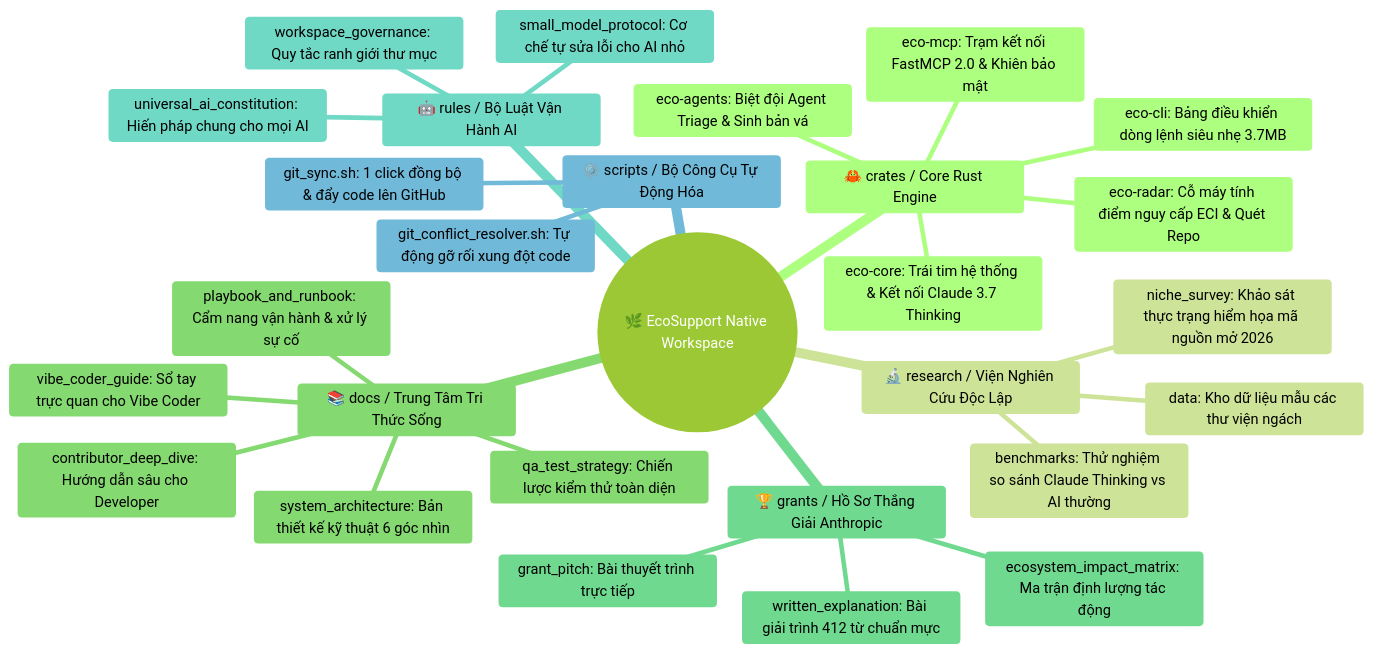
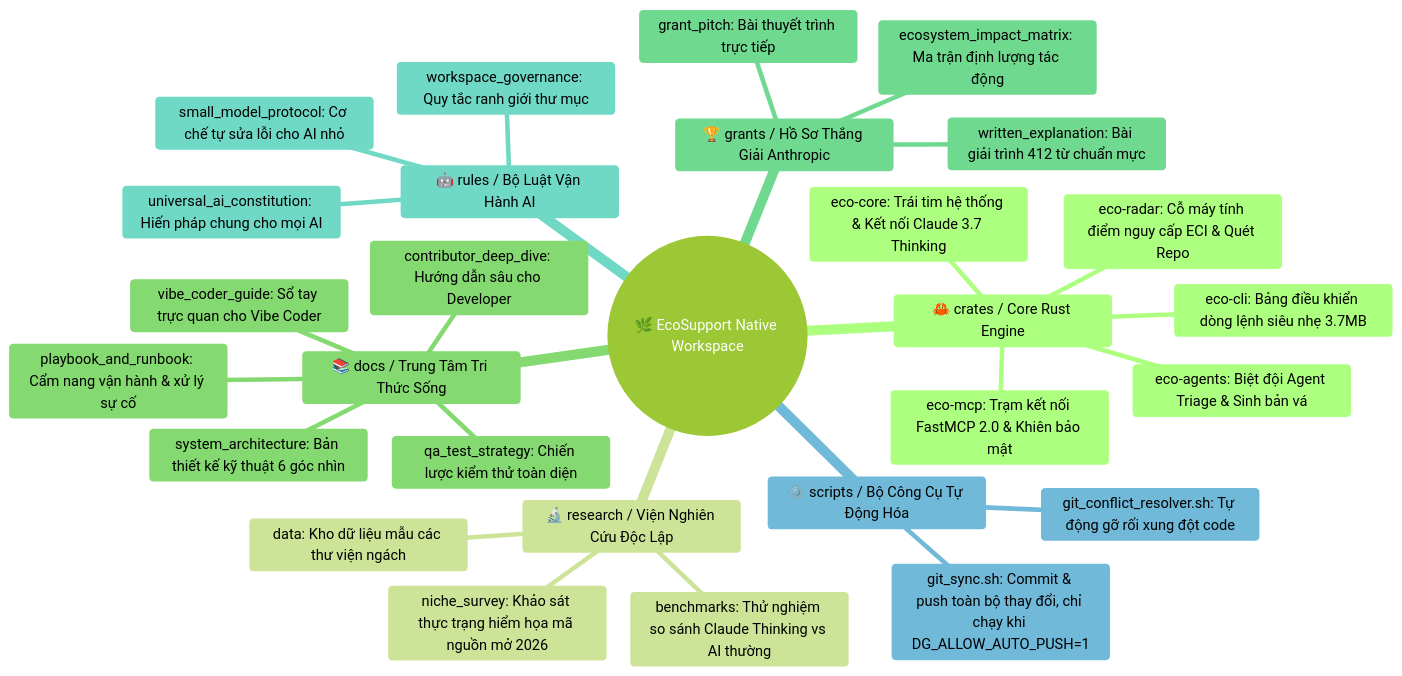
The second of 3 diagrams in docs/overview/vibe_coder_guide.vi.md (thanhnt-sm/eco_support_net_oracle), drawn with Mermaid (forest theme) before and after one commit. The commit also changed other lines of this file and 408 other files, not shown here.

````diff
--- a/docs/overview/vibe_coder_guide.vi.md
+++ b/docs/overview/vibe_coder_guide.vi.md
@@ -47,31 +47,31 @@
 ```mermaid
 mindmap
   root((🌿 EcoSupport Native Workspace))
     🦀 crates / Core Rust Engine
       eco-core: Trái tim hệ thống & Kết nối Claude 3.7 Thinking
       eco-radar: Cỗ máy tính điểm nguy cấp ECI & Quét Repo
       eco-mcp: Trạm kết nối FastMCP 2.0 & Khiên bảo mật
       eco-agents: Biệt đội Agent Triage & Sinh bản vá
       eco-cli: Bảng điều khiển dòng lệnh siêu nhẹ 3.7MB
     🔬 research / Viện Nghiên Cứu Độc Lập
       niche_survey: Khảo sát thực trạng hiểm họa mã nguồn mở 2026
       benchmarks: Thử nghiệm so sánh Claude Thinking vs AI thường
       data: Kho dữ liệu mẫu các thư viện ngách
     📚 docs / Trung Tâm Tri Thức Sống
       vibe_coder_guide: Sổ tay trực quan cho Vibe Coder
       system_architecture: Bản thiết kế kỹ thuật 6 góc nhìn
       playbook_and_runbook: Cẩm nang vận hành & xử lý sự cố
       qa_test_strategy: Chiến lược kiểm thử toàn diện
       contributor_deep_dive: Hướng dẫn sâu cho Developer
     🏆 grants / Hồ Sơ Thắng Giải Anthropic
       written_explanation: Bài giải trình 412 từ chuẩn mực
       ecosystem_impact_matrix: Ma trận định lượng tác động
       grant_pitch: Bài thuyết trình trực tiếp
     🤖 rules / Bộ Luật Vận Hành AI
       universal_ai_constitution: Hiến pháp chung cho mọi AI
       workspace_governance: Quy tắc ranh giới thư mục
       small_model_protocol: Cơ chế tự sửa lỗi cho AI nhỏ
     ⚙️ scripts / Bộ Công Cụ Tự Động Hóa
-      git_sync.sh: 1 click đồng bộ & đẩy code lên GitHub
+      git_sync.sh: Commit & push toàn bộ thay đổi, chỉ chạy khi DG_ALLOW_AUTO_PUSH=1
       git_conflict_resolver.sh: Tự động gỡ rối xung đột code
 ```
````
